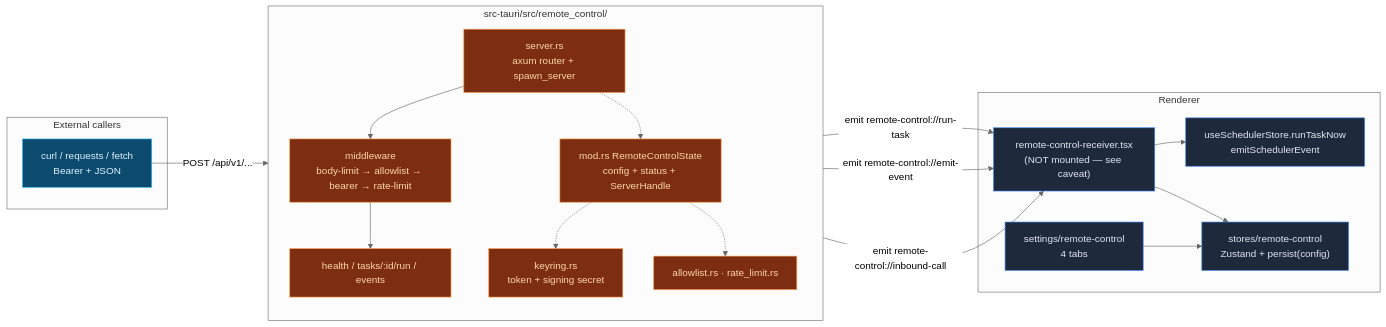
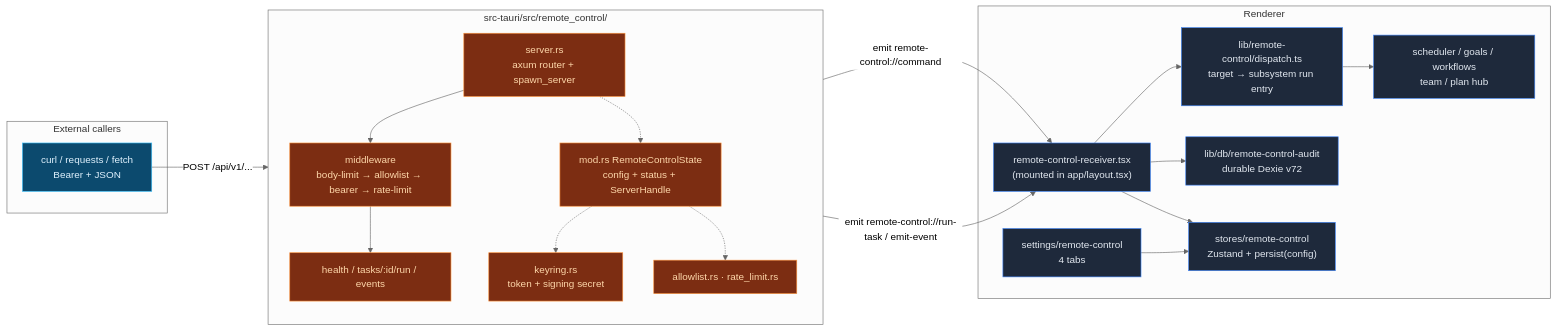
One commit to MaxQian888/cognia-next changed the diagram in docs/content/docs/en/subsystems/remote-control/index.mdx. Above: the diagram before and after it, drawn with Mermaid (neutral theme). The commit also changed other lines of this file and 1 other file, not shown here.

First line of the commit message:
docs(remote-control): activate the overview page (en + zh)

````diff
--- a/docs/content/docs/en/subsystems/remote-control/index.mdx
+++ b/docs/content/docs/en/subsystems/remote-control/index.mdx
@@ -73,42 +79,44 @@
 ```mermaid
 flowchart LR
   subgraph External["External callers"]
     Curl["curl / requests / fetch<br/>Bearer + JSON"]
   end
 
   subgraph Rust["src-tauri/src/remote_control/"]
     direction TB
     Server["server.rs<br/>axum router + spawn_server"]
     MW["middleware<br/>body-limit → allowlist → bearer → rate-limit"]
     Routes["health / tasks/:id/run / events"]
     State["mod.rs RemoteControlState<br/>config + status + ServerHandle"]
     KR["keyring.rs<br/>token + signing secret"]
     AL["allowlist.rs · rate_limit.rs"]
   end
 
   subgraph Renderer["Renderer"]
-    Recv["remote-control-receiver.tsx<br/>(NOT mounted — see caveat)"]
+    Recv["remote-control-receiver.tsx<br/>(mounted in app/layout.tsx)"]
+    Disp["lib/remote-control/dispatch.ts<br/>target → subsystem run entry"]
     Store["stores/remote-control<br/>Zustand + persist(config)"]
-    Sched["useSchedulerStore.runTaskNow<br/>emitSchedulerEvent"]
+    Sched["scheduler / goals / workflows<br/>team / plan hub"]
+    Audit["lib/db/remote-control-audit<br/>durable Dexie v72"]
     UI["settings/remote-control<br/>4 tabs"]
   end
 
   Curl -->|"POST /api/v1/..."| Server
   Server --> MW --> Routes
-  Routes -->|"emit remote-control://run-task"| Recv
-  Routes -->|"emit remote-control://emit-event"| Recv
-  Routes -->|"emit remote-control://inbound-call"| Recv
-  Recv --> Sched
+  Routes -->|"emit remote-control://command"| Recv
+  Routes -->|"emit remote-control://run-task / emit-event"| Recv
+  Recv --> Disp --> Sched
+  Recv --> Audit
   Recv --> Store
   UI --> Store
   Server -.-> State
   State -.-> KR
   State -.-> AL
 
   classDef rust fill:#7c2d12,stroke:#fb923c,color:#fed7aa
   classDef ts fill:#1e293b,stroke:#3b82f6,color:#e2e8f0
   classDef ext fill:#0c4a6e,stroke:#38bdf8,color:#e0f2fe
   class Server,MW,Routes,State,KR,AL rust
-  class Recv,Store,Sched,UI ts
+  class Recv,Disp,Store,Sched,Audit,UI ts
   class Curl ext
 ```
````
